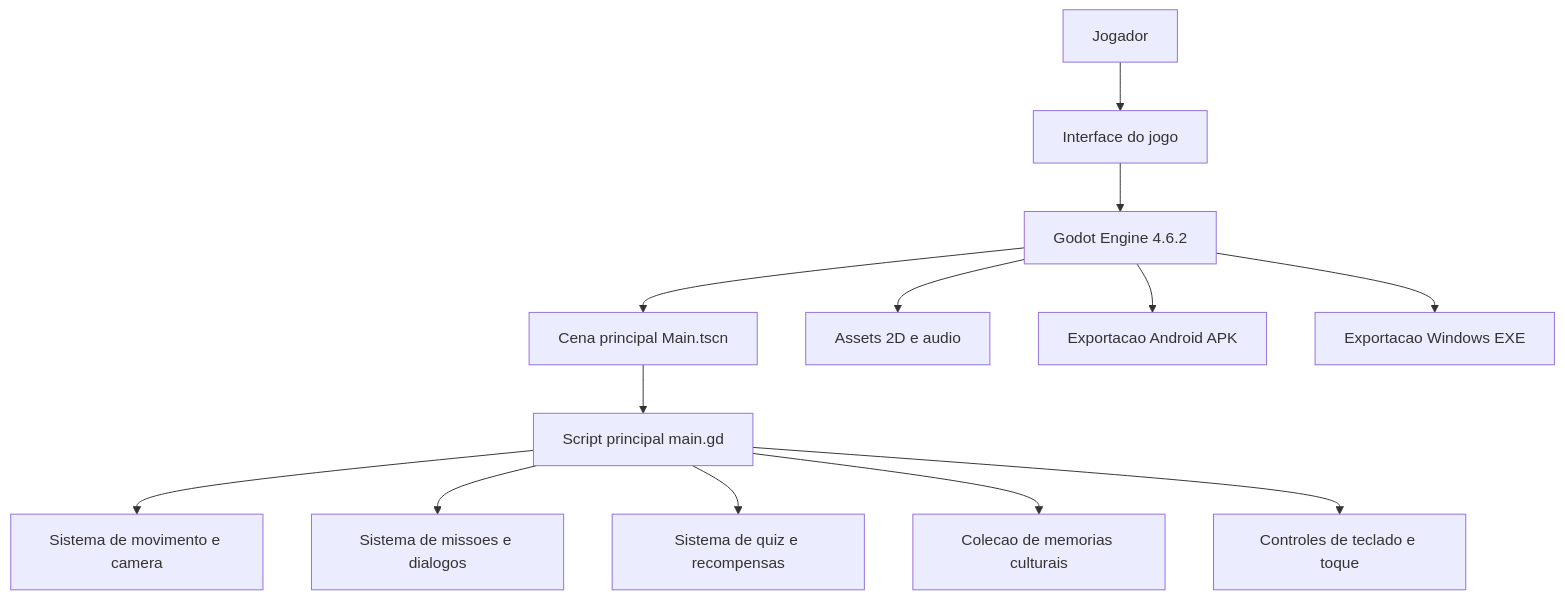
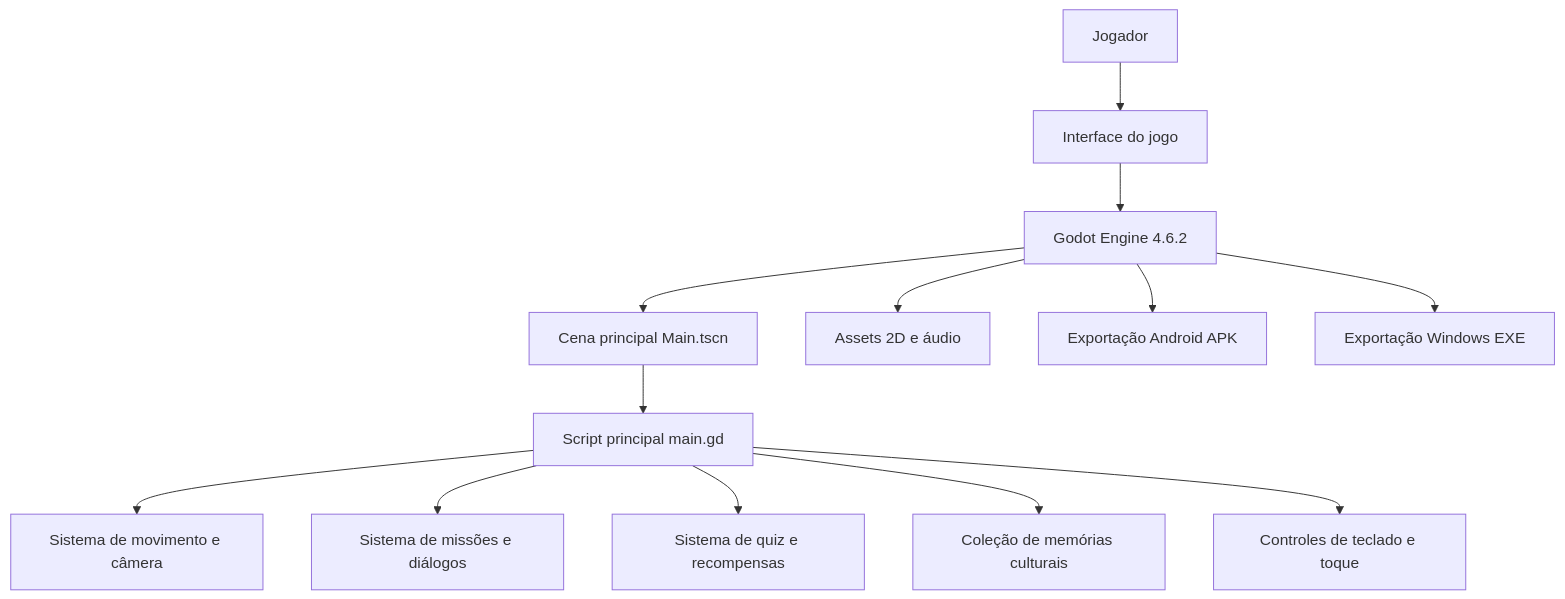
One commit to nt8816/sim-bora-piaui changed the diagram in README.md. Above: the diagram before and after it, drawn with Mermaid. The commit also changed other lines of this file, not shown here.

````diff
--- a/README.md
+++ b/README.md
@@ -175,15 +175,15 @@
 ```mermaid
 flowchart TD
     A[Jogador] --> B[Interface do jogo]
     B --> C[Godot Engine 4.6.2]
     C --> D[Cena principal Main.tscn]
     D --> E[Script principal main.gd]
-    E --> F[Sistema de movimento e camera]
-    E --> G[Sistema de missoes e dialogos]
+    E --> F[Sistema de movimento e câmera]
+    E --> G[Sistema de missões e diálogos]
     E --> H[Sistema de quiz e recompensas]
-    E --> I[Colecao de memorias culturais]
+    E --> I[Coleção de memórias culturais]
     E --> J[Controles de teclado e toque]
-    C --> K[Assets 2D e audio]
-    C --> L[Exportacao Android APK]
-    C --> M[Exportacao Windows EXE]
+    C --> K[Assets 2D e áudio]
+    C --> L[Exportação Android APK]
+    C --> M[Exportação Windows EXE]
 ```
````
